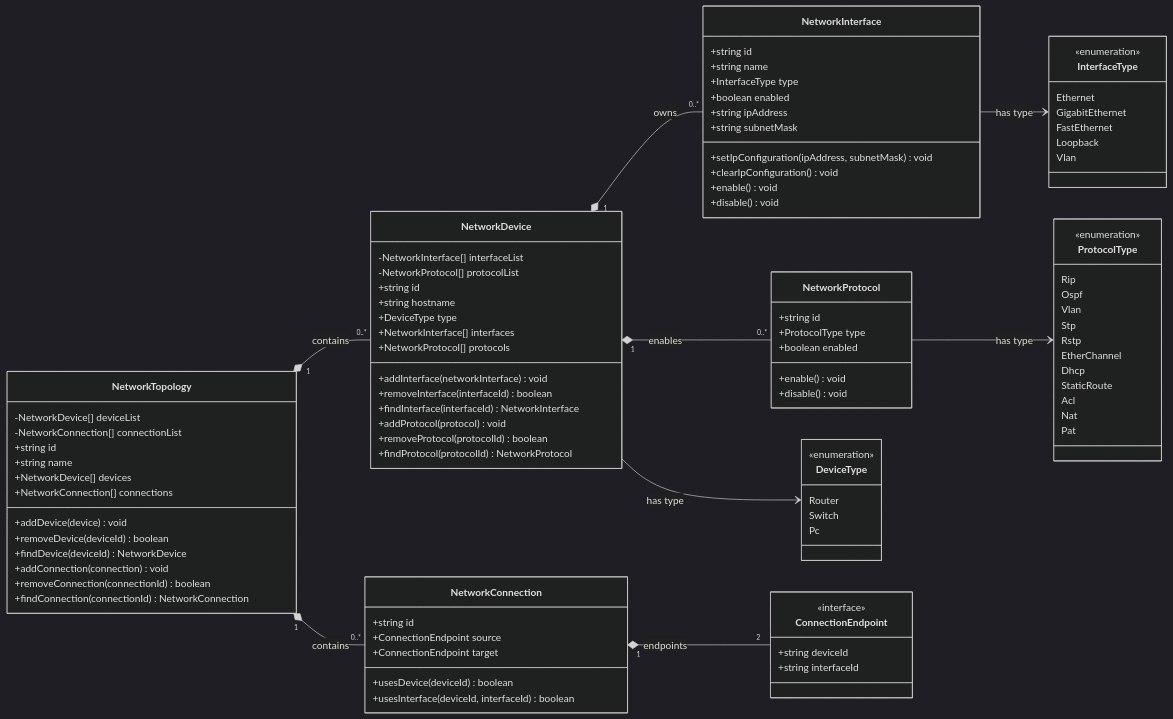
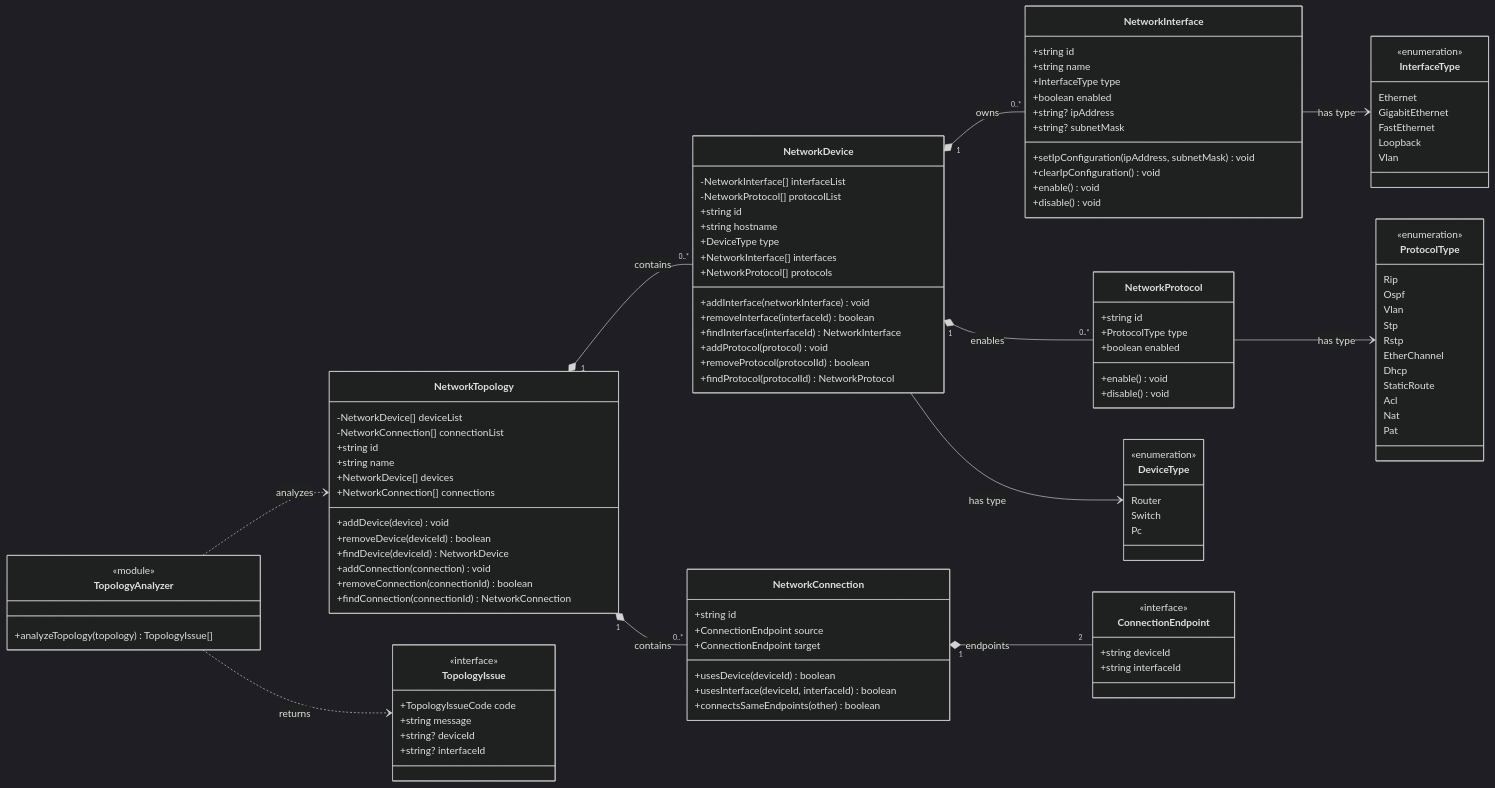
One commit to TopoCheck/TopoCheck-Extension changed the diagram in docs/uml/network-data-model.md. Above: the diagram before and after it, drawn with Mermaid (dark theme). The commit also changed other lines of this file and 6 other files, not shown here.

````diff
--- a/docs/uml/network-data-model.md
+++ b/docs/uml/network-data-model.md
@@ -43,8 +42,8 @@
         +string name
         +InterfaceType type
         +boolean enabled
-        +string ipAddress
-        +string subnetMask
+        +string? ipAddress
+        +string? subnetMask
         +setIpConfiguration(ipAddress, subnetMask) void
         +clearIpConfiguration() void
         +enable() void
@@ -65,6 +64,20 @@
         +ConnectionEndpoint target
         +usesDevice(deviceId) boolean
         +usesInterface(deviceId, interfaceId) boolean
+        +connectsSameEndpoints(other) boolean
+    }
+
+    class TopologyAnalyzer {
+        <<module>>
+        +analyzeTopology(topology) TopologyIssue[]
+    }
+
+    class TopologyIssue {
+        <<interface>>
+        +TopologyIssueCode code
+        +string message
+        +string? deviceId
+        +string? interfaceId
     }
 
     class ConnectionEndpoint {
@@ -112,4 +125,6 @@
     NetworkDevice --> DeviceType : has type
     NetworkInterface --> InterfaceType : has type
     NetworkProtocol --> ProtocolType : has type
+    TopologyAnalyzer ..> NetworkTopology : analyzes
+    TopologyAnalyzer ..> TopologyIssue : returns
 ```
````
